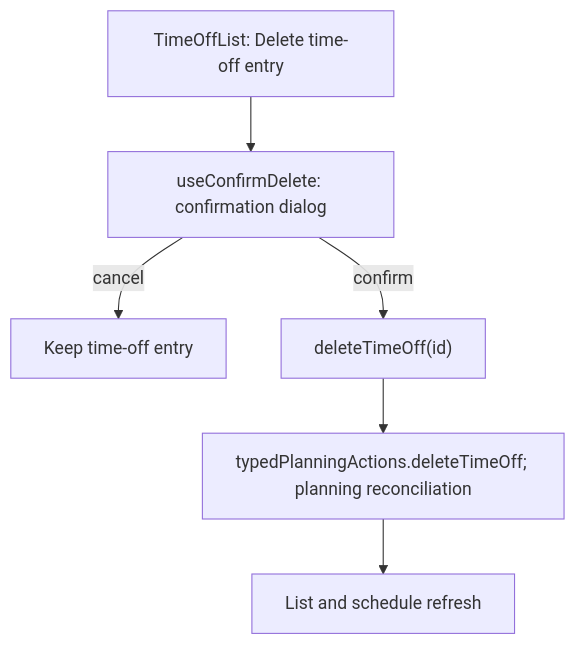
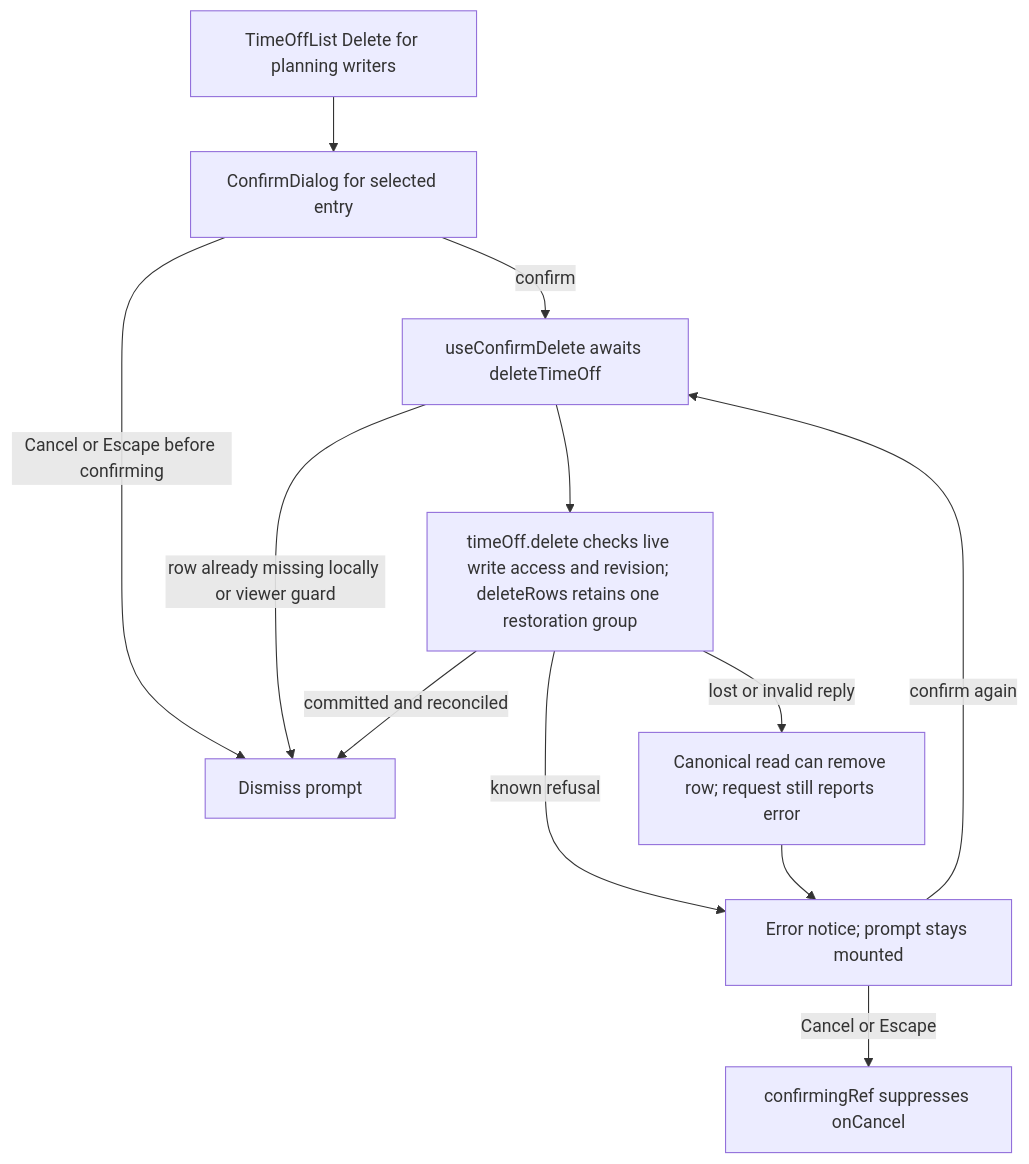
The second of 2 diagrams in user-stories/time-off/US-TOF-03-delete-time-off.md (Kevinjohn/capacitylens), drawn with Mermaid before and after one commit. The commit also changed other lines of this file and 172 other files, not shown here.

Commit message:
docs: reconcile user story code flows with source

````diff
--- a/user-stories/time-off/US-TOF-03-delete-time-off.md
+++ b/user-stories/time-off/US-TOF-03-delete-time-off.md
@@ -35,8 +35,14 @@
 ```mermaid
 flowchart TD
-  A["TimeOffList: Delete time-off entry"] --> B["useConfirmDelete: confirmation dialog"]
-  B -->|cancel| C["Keep time-off entry"]
-  B -->|confirm| D["deleteTimeOff(id)"]
-  D --> E["typedPlanningActions.deleteTimeOff; planning reconciliation"]
-  E --> F["List and schedule refresh"]
+  Row["TimeOffList Delete for planning writers"] --> Prompt["ConfirmDialog for selected entry"]
+  Prompt -->|Cancel or Escape before confirming| Close["Dismiss prompt"]
+  Prompt -->|confirm| Send["useConfirmDelete awaits deleteTimeOff"]
+  Send -->|row already missing locally or viewer guard| Close
+  Send --> Commit["timeOff.delete checks live write access and revision; deleteRows retains one restoration group"]
+  Commit -->|committed and reconciled| Close
+  Commit -->|known refusal| Error["Error notice; prompt stays mounted"]
+  Commit -->|lost or invalid reply| Uncertain["Canonical read can remove row; request still reports error"]
+  Uncertain --> Error
+  Error -->|confirm again| Send
+  Error -->|Cancel or Escape| Held["confirmingRef suppresses onCancel"]
 ```
````
